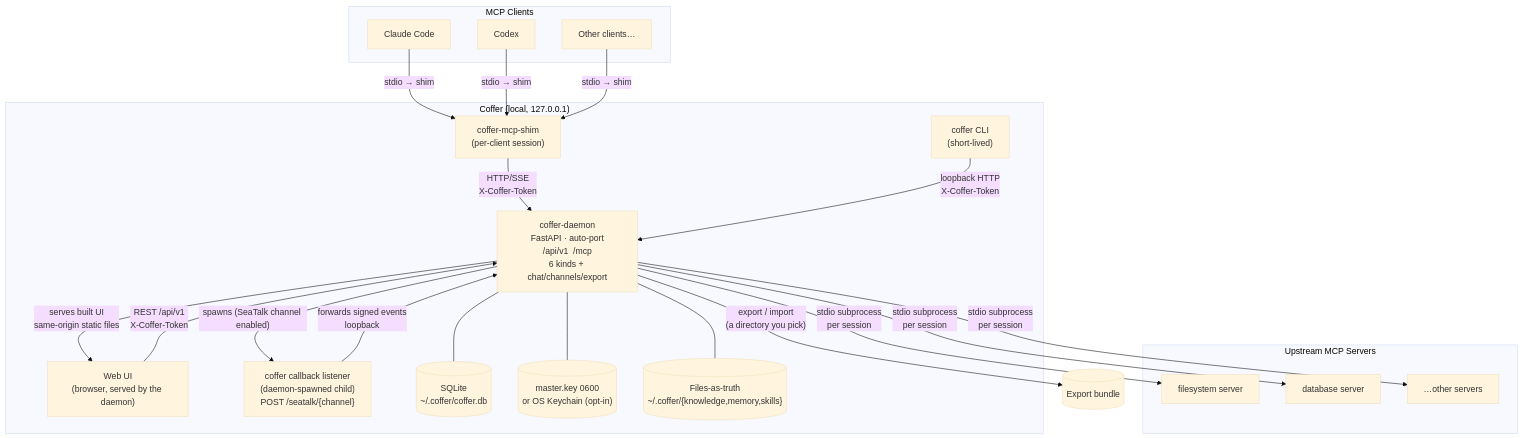
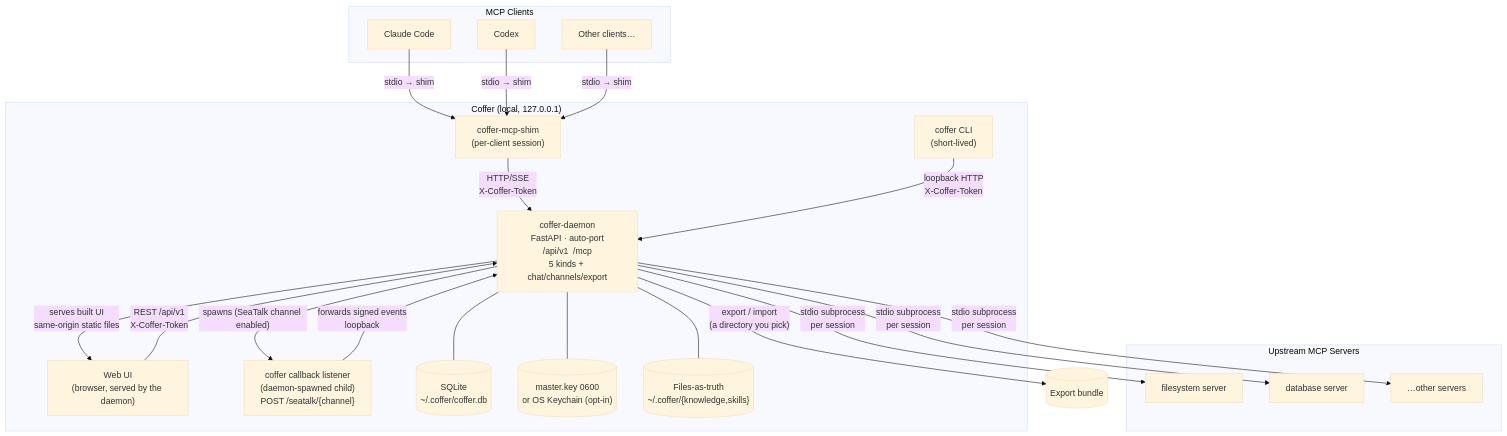
One commit to wyx-sg/Coffer changed the diagram in docs-site/architecture/overview.md. Above: the diagram before and after it, drawn with Mermaid (base theme). The commit also changed other lines of this file and 529 other files, not shown here.

````diff
--- a/docs-site/architecture/overview.md
+++ b/docs-site/architecture/overview.md
@@ -11,42 +11,42 @@
 ```mermaid
 flowchart TD
     subgraph clients["MCP Clients"]
         CC["Claude Code"]
         CX["Codex"]
         OT["Other clients…"]
     end
 
     subgraph coffer["Coffer (local, 127.0.0.1)"]
         CLI["coffer CLI\n(short-lived)"]
         SHIM["coffer-mcp-shim\n(per-client session)"]
         WEBUI["Web UI\n(browser, served by the daemon)"]
-        DAEMON["coffer-daemon\nFastAPI · auto-port\n/api/v1  /mcp\n6 kinds + chat/channels/export"]
+        DAEMON["coffer-daemon\nFastAPI · auto-port\n/api/v1  /mcp\n5 kinds + chat/channels/export"]
         CB["coffer callback listener\n(daemon-spawned child)\nPOST /seatalk/{channel}"]
         DB[("SQLite\n~/.coffer/coffer.db")]
         MK[("master.key 0600\nor OS Keychain (opt-in)")]
-        FILES[("Files-as-truth\n~/.coffer/{knowledge,memory,skills}")]
+        FILES[("Files-as-truth\n~/.coffer/{knowledge,skills}")]
     end
 
     subgraph upstream["Upstream MCP Servers"]
         S1["filesystem server"]
         S2["database server"]
         SN["…other servers"]
     end
 
     CC -->|"stdio → shim"| SHIM
     CX -->|"stdio → shim"| SHIM
     OT -->|"stdio → shim"| SHIM
     SHIM -->|"HTTP/SSE\nX-Coffer-Token"| DAEMON
     CLI -->|"loopback HTTP\nX-Coffer-Token"| DAEMON
     WEBUI -->|"REST /api/v1\nX-Coffer-Token"| DAEMON
     DAEMON -->|"serves built UI\nsame-origin static files"| WEBUI
     DAEMON --- DB
     DAEMON --- MK
     DAEMON --- FILES
     DAEMON -->|"export / import\n(a directory you pick)"| BUNDLE[("Export bundle")]
     DAEMON -->|"spawns (SeaTalk channel enabled)"| CB
     CB -->|"forwards signed events\nloopback"| DAEMON
     DAEMON -->|"stdio subprocess\nper session"| S1
     DAEMON -->|"stdio subprocess\nper session"| S2
     DAEMON -->|"stdio subprocess\nper session"| SN
 ```
````
